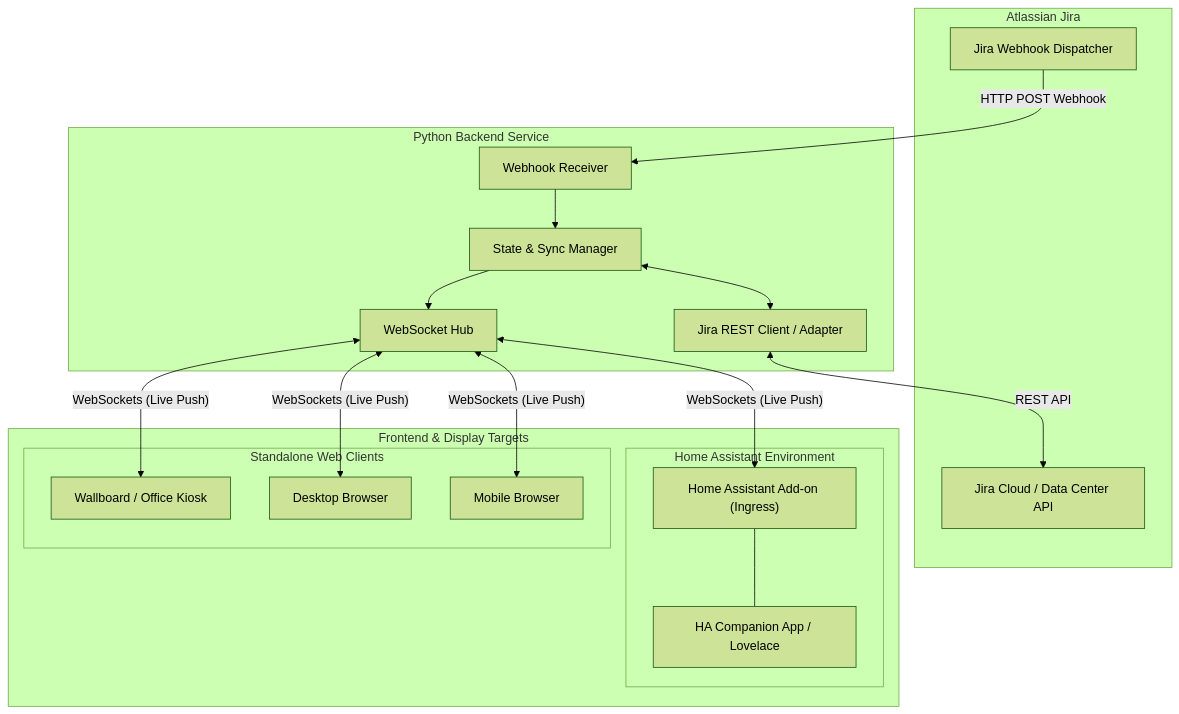
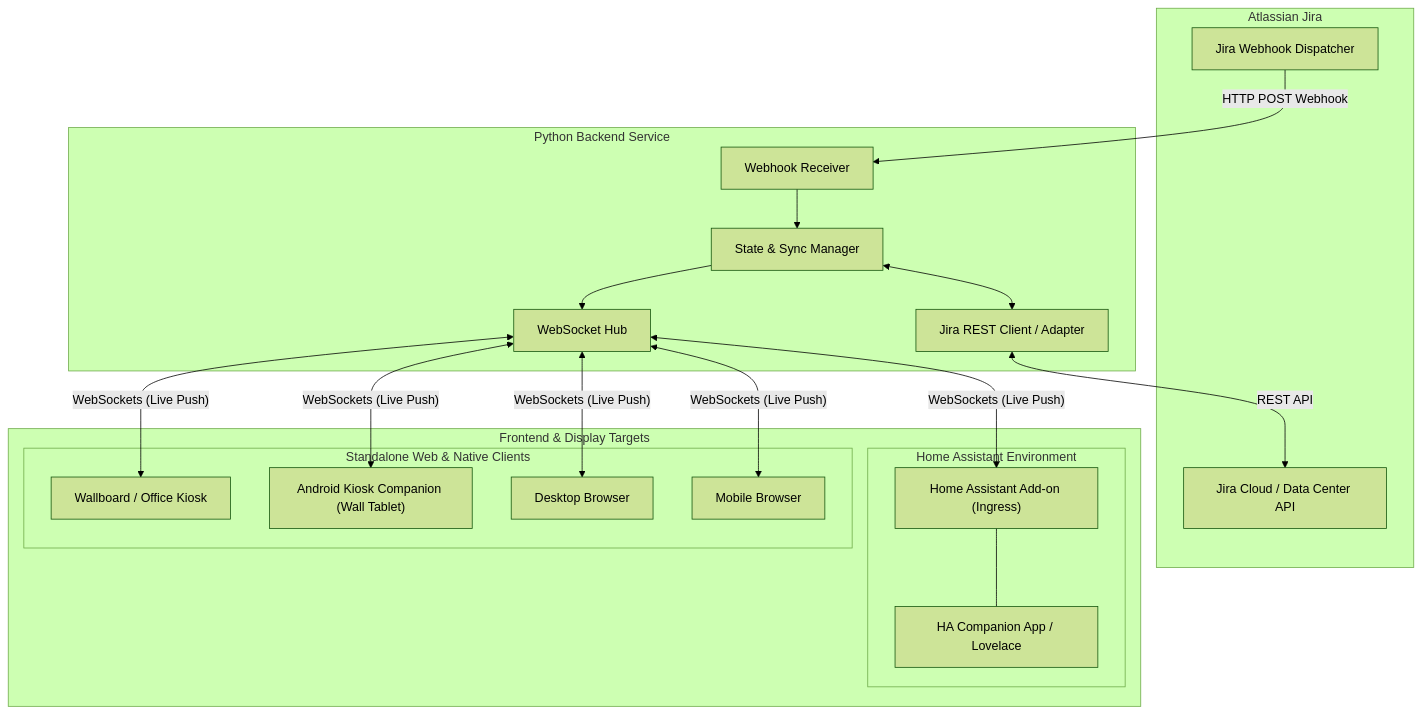
The diagram in README.md (jacek-marchwicki/homeassistant-jira), drawn with Mermaid (forest theme) before and after one commit. The commit also changed other lines of this file and 5 other files, not shown here.

Commit message:
docs: document Android Kiosk companion application in README and AGENTS

````diff
--- a/README.md
+++ b/README.md
@@ -73,40 +81,42 @@
 ```mermaid
 flowchart TD
     subgraph Atlassian ["Atlassian Jira"]
         JiraCloud["Jira Cloud / Data Center API"]
         JiraWebhook["Jira Webhook Dispatcher"]
     end
 
     subgraph Backend ["Python Backend Service"]
         WebhookReceiver["Webhook Receiver"]
         JiraClient["Jira REST Client / Adapter"]
         SyncEngine["State & Sync Manager"]
         WSHub["WebSocket Hub"]
     end
 
     subgraph Clients ["Frontend & Display Targets"]
         subgraph HA ["Home Assistant Environment"]
             HAAddon["Home Assistant Add-on (Ingress)"]
             HAMobile["HA Companion App / Lovelace"]
         end
-        subgraph Standalone ["Standalone Web Clients"]
+        subgraph Standalone ["Standalone Web & Native Clients"]
             WallDisplay["Wallboard / Office Kiosk"]
+            AndroidKiosk["Android Kiosk Companion (Wall Tablet)"]
             DesktopWeb["Desktop Browser"]
             MobileWeb["Mobile Browser"]
         end
     end
 
     JiraWebhook -->|HTTP POST Webhook| WebhookReceiver
     WebhookReceiver --> SyncEngine
     SyncEngine --> WSHub
 
     JiraClient <-->|REST API| JiraCloud
     SyncEngine <--> JiraClient
 
     WSHub <-->|"WebSockets (Live Push)"| HAAddon
     WSHub <-->|"WebSockets (Live Push)"| WallDisplay
+    WSHub <-->|"WebSockets (Live Push)"| AndroidKiosk
     WSHub <-->|"WebSockets (Live Push)"| DesktopWeb
     WSHub <-->|"WebSockets (Live Push)"| MobileWeb
 
     HAAddon --- HAMobile
 ```
````
